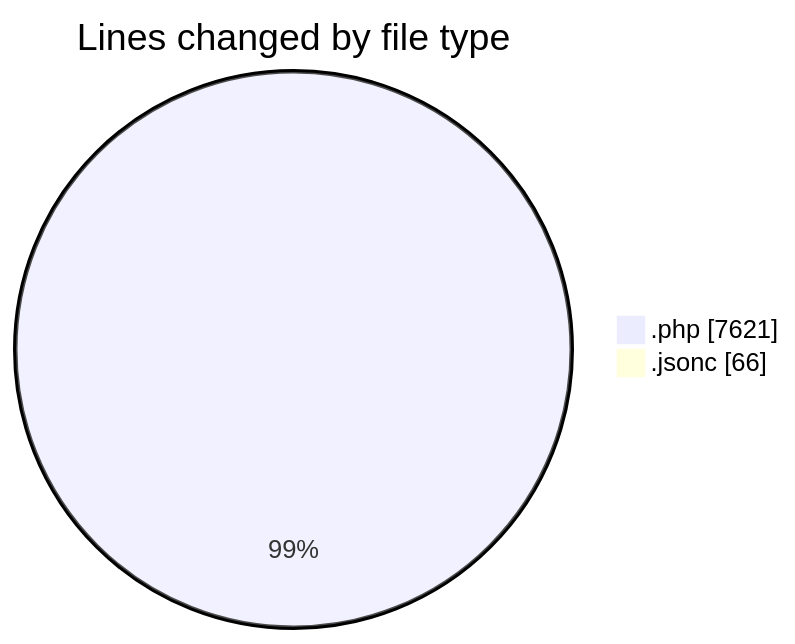
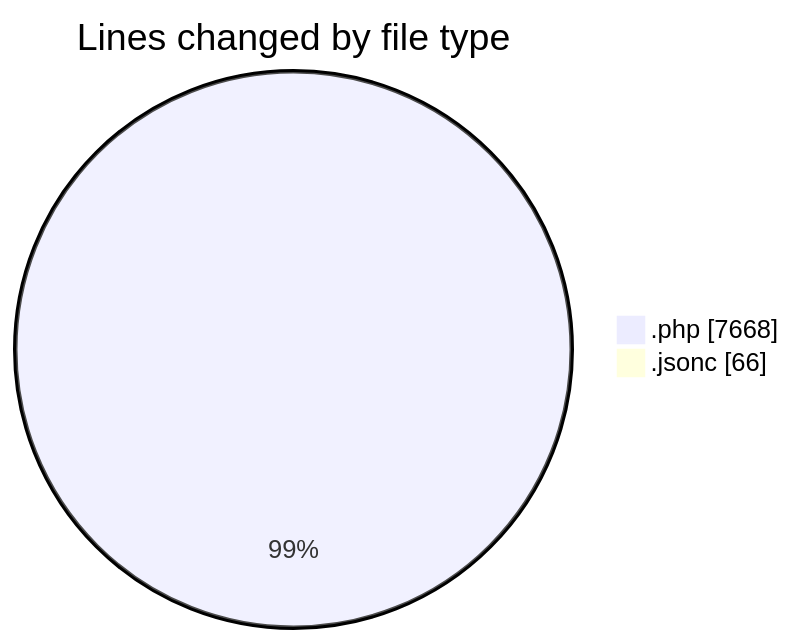
The first of 2 diagrams in 2025-09-06/shop/README.md (vahidmafi/code-tracking), drawn with Mermaid before and after one commit. The commit also changed other lines of this file and 1 other file, not shown here.

````diff
--- a/2025-09-06/shop/README.md
+++ b/2025-09-06/shop/README.md
@@ -27,6 +27,6 @@
 ```mermaid
 pie showData
 title Lines changed by file type
-".php" : 7621
+".php" : 7668
 ".jsonc" : 66
 ```
````
